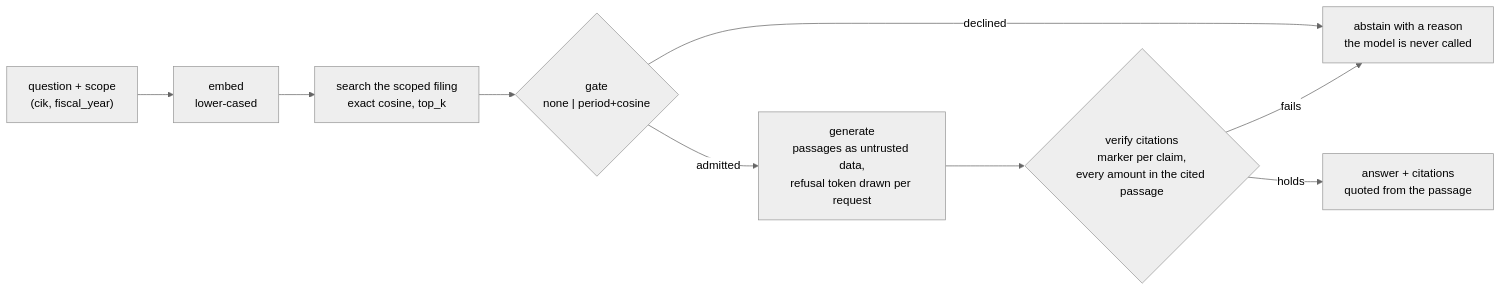
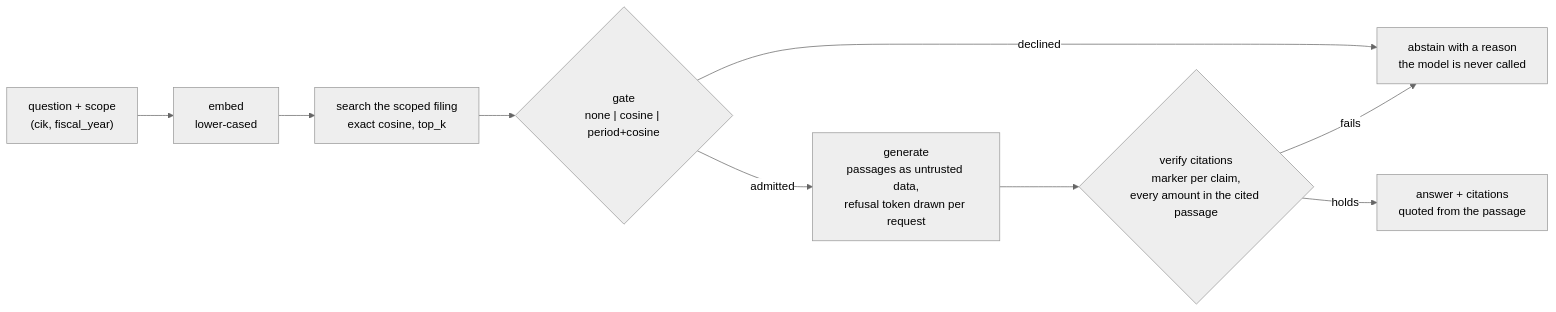
The diagram in README.md (Rodrigo-Palma/edgar-rag), drawn with Mermaid (neutral theme) before and after one commit. The commit also changed other lines of this file and 2 other files, not shown here.

````diff
--- a/README.md
+++ b/README.md
@@ -168,11 +168,11 @@
 ```mermaid
 flowchart LR
   Q["question + scope<br/>(cik, fiscal_year)"] --> E["embed<br/>lower-cased"]
   E --> S["search the scoped filing<br/>exact cosine, top_k"]
-  S --> G{"gate<br/>none | period+cosine"}
+  S --> G{"gate<br/>none | cosine | period+cosine"}
   G -- declined --> X["abstain with a reason<br/>the model is never called"]
   G -- admitted --> L["generate<br/>passages as untrusted data,<br/>refusal token drawn per request"]
   L --> V{"verify citations<br/>marker per claim,<br/>every amount in the cited passage"}
   V -- fails --> X
   V -- holds --> A["answer + citations<br/>quoted from the passage"]
 ```
````
